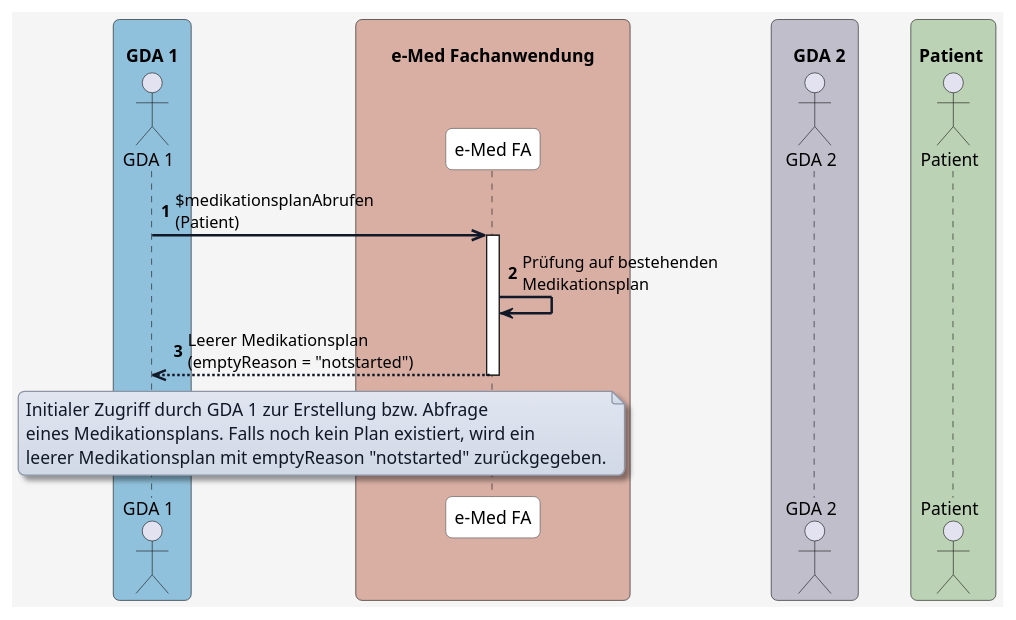
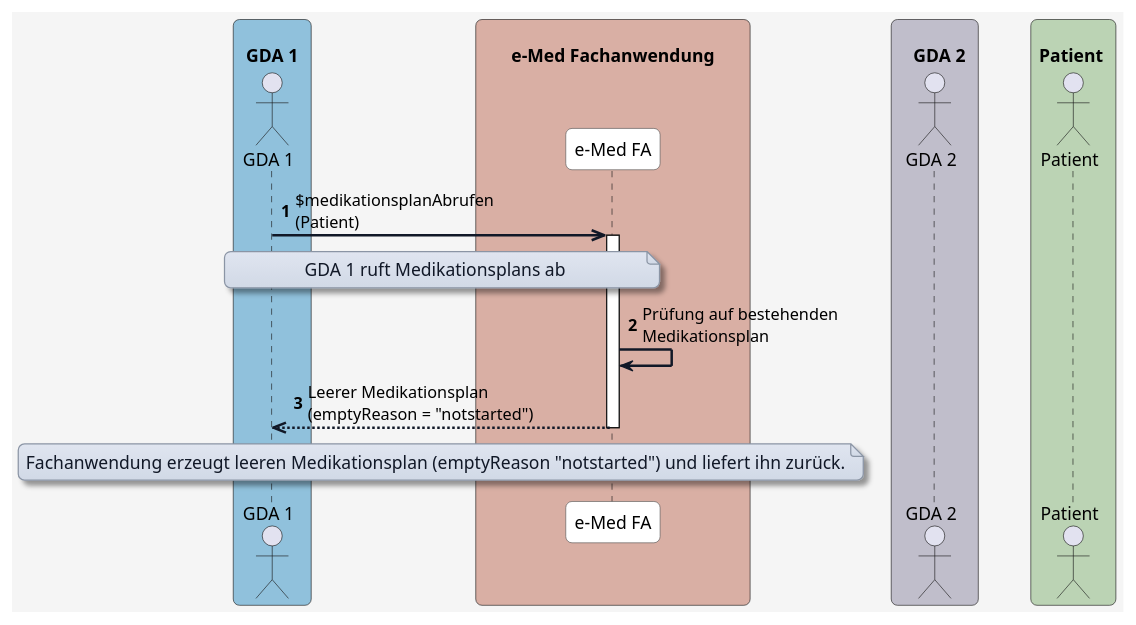
One commit to HL7Austria/ELGA-e-Medikation-R4 changed the diagram in input/images-source/UC_06_01.plantuml. Above: the diagram before and after it, drawn with PlantUML. The commit also changed 6 other files, not shown here.

Commit message:
Add workflow state diagrams (list-flag, planeintrag-status)

```diff
--- a/input/images-source/UC_06_01.plantuml
+++ b/input/images-source/UC_06_01.plantuml
@@ -1,75 +1,77 @@
 @startuml
 skinparam borderColor #000000
 skinparam backgroundColor #f5f5f5
 skinparam shadowing false
 skinparam roundCorner 10
 skinparam defaultFontName "Arial"
 skinparam defaultFontSize 14
 skinparam defaultFontColor #000000
 
 skinparam note {
   BackgroundColor #e0e5f0-#d1d9e6
   BorderColor #8b95a5
   BorderThickness 1
   RoundCorner 8
   Padding 6
   FontColor #111827
   Shadowing true
 }
 
 skinparam HyperlinkColor #0000EE
 skinparam HyperlinkUnderline false
 
 skinparam sequence {
   ParticipantBorderColor #555555
   ParticipantBackgroundColor #ffffff
   ParticipantFontColor #000000
   ParticipantFontSize 14
   ParticipantPadding 20
   ArrowColor #111827
   ArrowThickness 2
   ArrowFontColor #000000
   ArrowFontSize 13
   GroupBorderColor #111827
   GroupBackgroundColor #f3f4f6
   GroupBorderThickness 1
 }
 
 skinparam BoxPadding 20
 skinparam BoxBorderColor #555555
 
 box "\n  GDA 1  " #90C1DC
   actor GDA_1 as "GDA 1"
 end box
 
 box "\n       e-Med Fachanwendung       " #D9AFA4
   participant eMed_FA as "e-Med FA"
 end box
 
 box "\n    GDA 2  " #C0BECB
   actor GDA_2 as "GDA 2"
 end box
 
 box "\n Patient  " #BBD3B4
   actor Patient as "Patient"
 end box
 
 autonumber
 
 
 GDA_1 ->> eMed_FA: $medikationsplanAbrufen\n(Patient)
 
+note over GDA_1, eMed_FA
+GDA 1 ruft Medikationsplans ab
+end note
+
 activate eMed_FA
 eMed_FA -> eMed_FA: Prüfung auf bestehenden\nMedikationsplan
 
 eMed_FA -->> GDA_1: Leerer Medikationsplan\n(emptyReason = "notstarted")
 
 deactivate eMed_FA
 
 note over GDA_1, eMed_FA
-Initialer Zugriff durch GDA 1 zur Erstellung bzw. Abfrage
-eines Medikationsplans. Falls noch kein Plan existiert, wird ein
-leerer Medikationsplan mit emptyReason "notstarted" zurückgegeben.
+Fachanwendung erzeugt leeren Medikationsplan (emptyReason "notstarted") und liefert ihn zurück.
 end note
 
 @enduml
```
